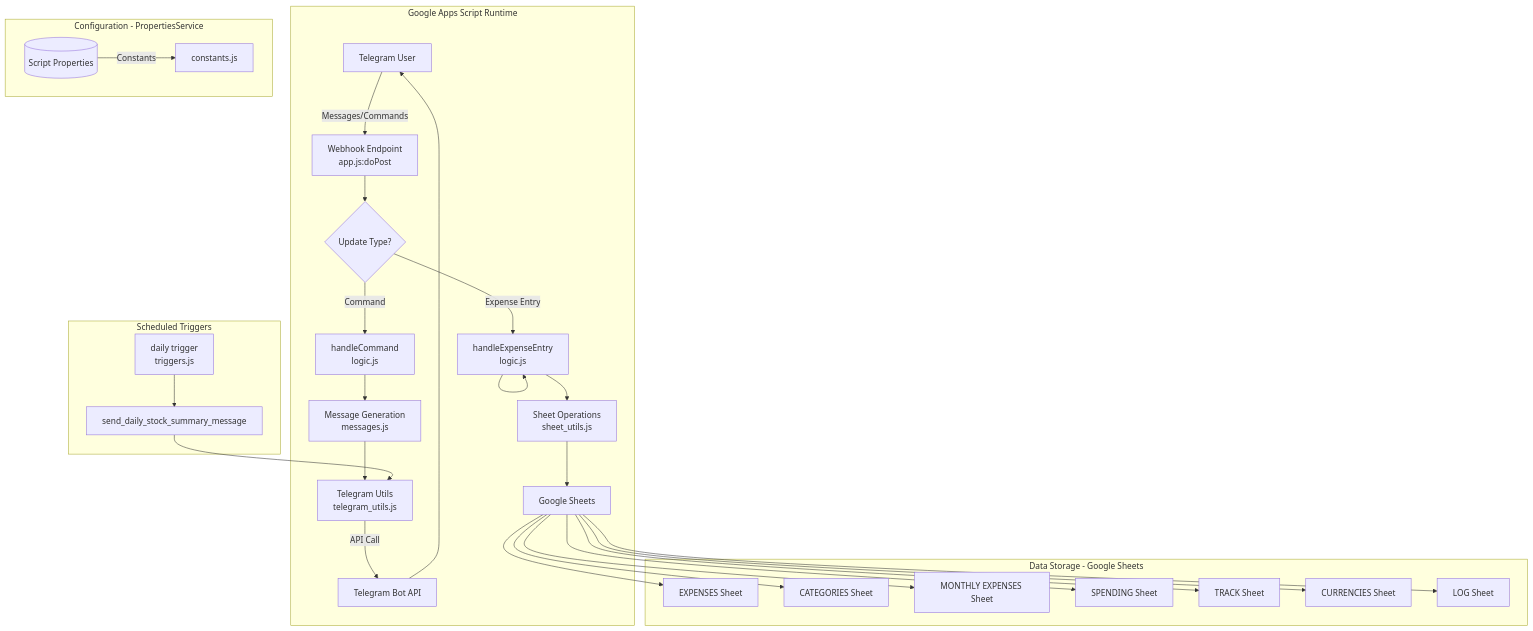
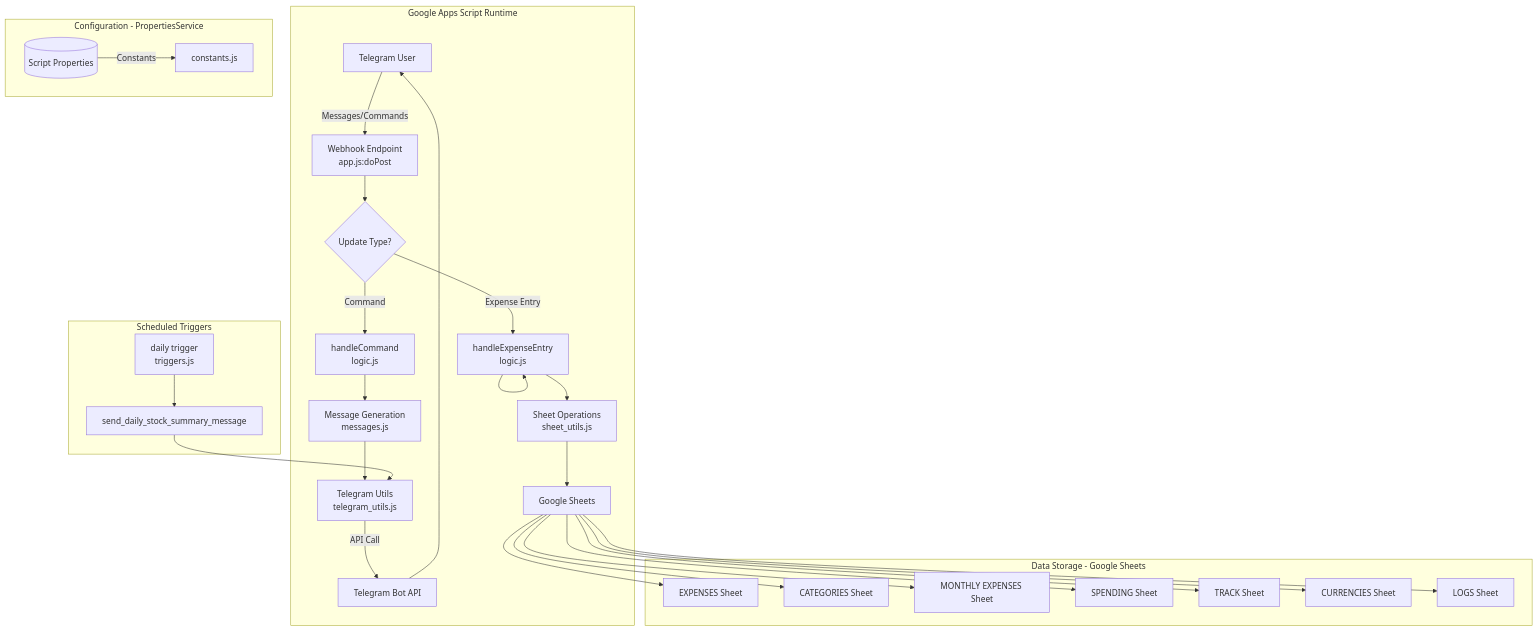
Before and after one commit to CenturySturgeon/ExpenseTracker: the first of 6 diagrams in LLMs.md, drawn with Mermaid. The commit also changed other lines of this file and 1 other file, not shown here.

Commit message:
Updated .md files

````diff
--- a/LLMs.md
+++ b/LLMs.md
@@ -11,40 +11,40 @@
 ```mermaid
 graph TB
     User[Telegram User] -->|Messages/Commands| Webhook[Webhook Endpoint<br/>app.js:doPost]
     
     subgraph "Google Apps Script Runtime"
         Webhook --> Router{Update Type?}
         Router -->|Command| CmdHandler[handleCommand<br/>logic.js]
         Router -->|Expense Entry| ExpHandler[handleExpenseEntry<br/>logic.js]
         
         CmdHandler --> MsgGen[Message Generation<br/>messages.js]
         ExpHandler --> SheetOps[Sheet Operations<br/>sheet_utils.js]
         
         SheetOps --> DataStore[Google Sheets]
         
         MsgGen --> TgUtils[Telegram Utils<br/>telegram_utils.js]
         TgUtils -->|API Call| TelegramAPI[Telegram Bot API]
         TelegramAPI --> User
         
         ExpHandler --> ExpHandler
     end
     
     subgraph "Data Storage - Google Sheets"
         DataStore --> ExpensesSheet[EXPENSES Sheet]
         DataStore --> CategoriesSheet[CATEGORIES Sheet]
         DataStore --> MonthlySheet[MONTHLY EXPENSES Sheet]
         DataStore --> SpendingSheet[SPENDING Sheet]
         DataStore --> TrackSheet[TRACK Sheet]
         DataStore --> CurrenciesSheet[CURRENCIES Sheet]
-        DataStore --> LogSheet[LOG Sheet]
+        DataStore --> LogSheet[LOGS Sheet]
     end
     
     subgraph "Configuration - PropertiesService"
         Config[(Script Properties)] -->|Constants| ConstantsFile[constants.js]
     end
     
     subgraph "Scheduled Triggers"
         DailyTrigger[daily trigger<br/>triggers.js] --> StockMsg[send_daily_stock_summary_message]
         StockMsg --> TgUtils
     end
 ```
````
